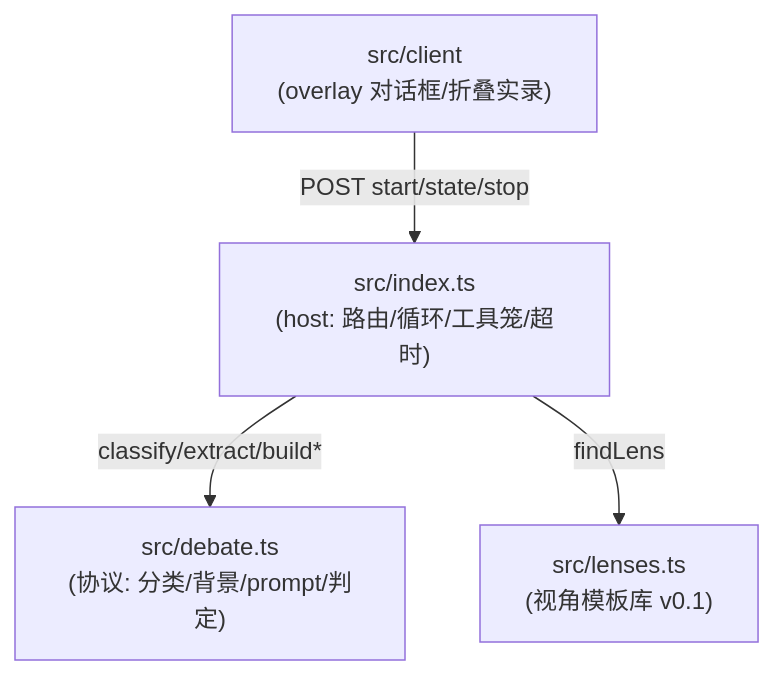
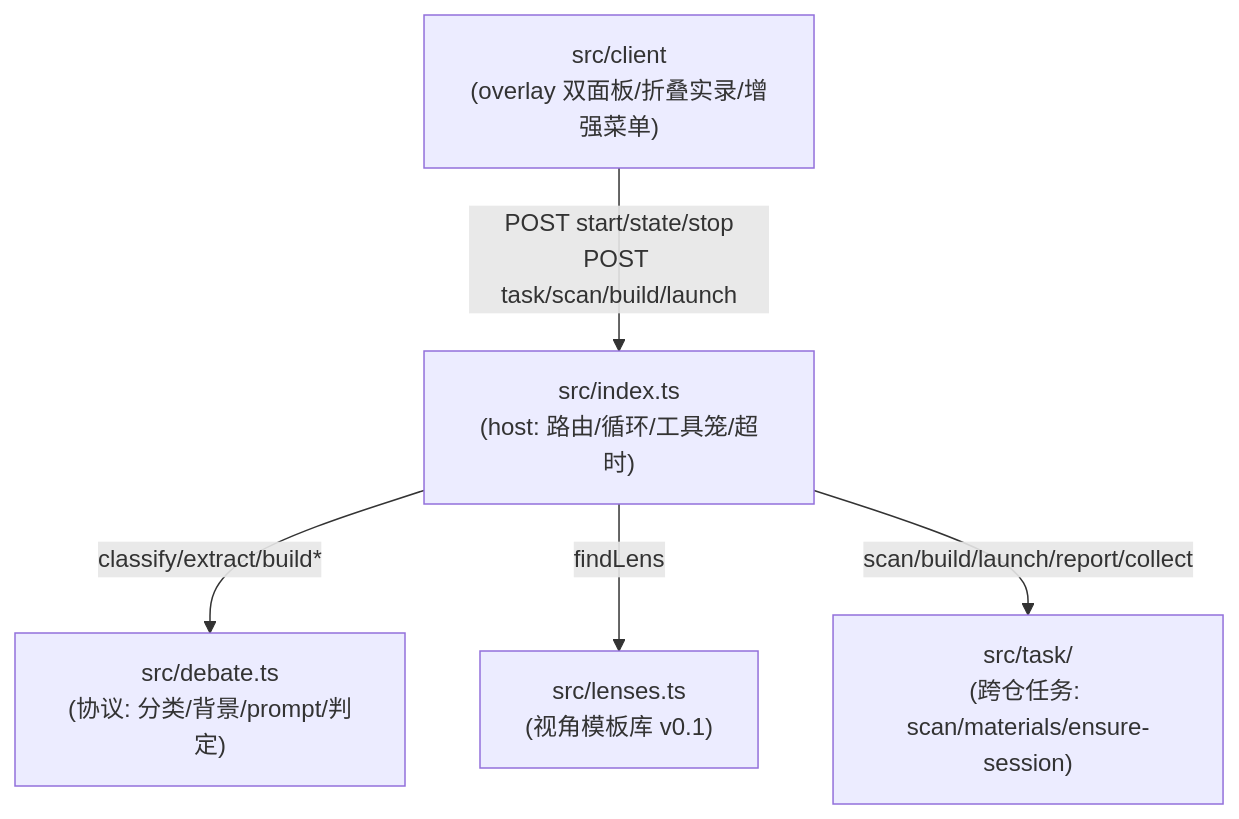
Before and after one commit to doubleelec/dsh-debate: the second of 3 diagrams in docs/architecture.md, drawn with Mermaid. The commit also changed other lines of this file and 25 other files, not shown here.

````diff
--- a/docs/architecture.md
+++ b/docs/architecture.md
@@ -62,11 +62,13 @@
 ```mermaid
 flowchart TD
     index["src/index.ts<br/>(host: 路由/循环/工具笼/超时)"]
     debate["src/debate.ts<br/>(协议: 分类/背景/prompt/判定)"]
     lenses["src/lenses.ts<br/>(视角模板库 v0.1)"]
-    client["src/client<br/>(overlay 对话框/折叠实录)"]
+    task["src/task/<br/>(跨仓任务: scan/materials/ensure-session)"]
+    client["src/client<br/>(overlay 双面板/折叠实录/增强菜单)"]
 
     index -->|"classify/extract/build*"| debate
     index -->|"findLens"| lenses
-    client -->|"POST start/state/stop"| index
+    index -->|"scan/build/launch/report/collect"| task
+    client -->|"POST start/state/stop<br/>POST task/scan/build/launch"| index
 ```
````
